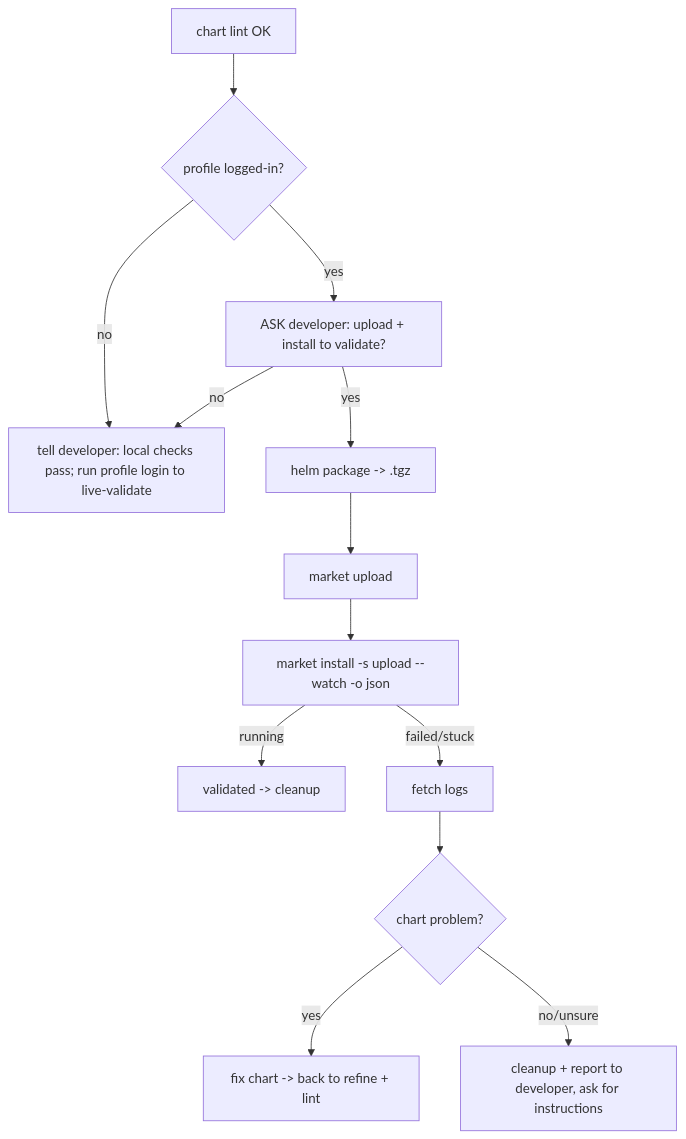
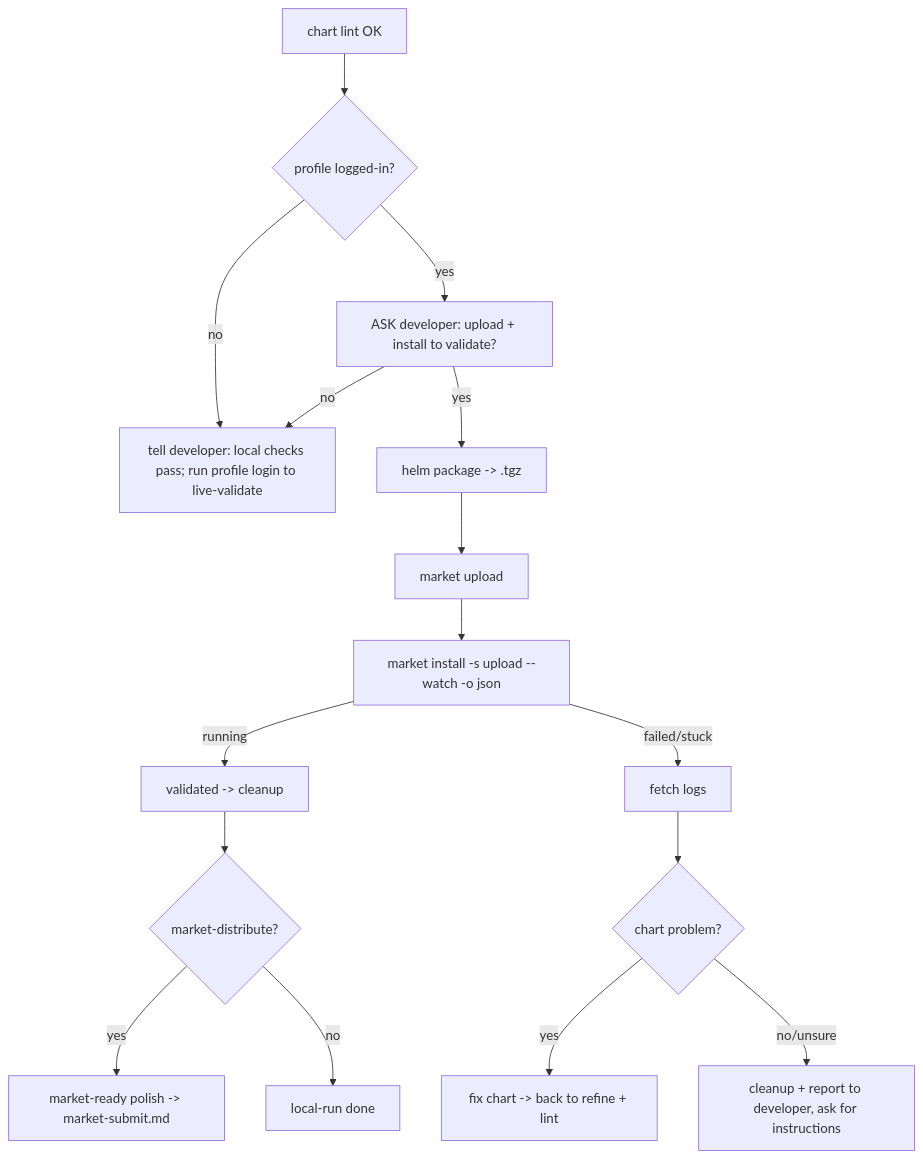
One commit to beclab/Olares changed the diagram in cli/skills/olares-chart/references/olares-chart-publish-verify.md. Above: the diagram before and after it, drawn with Mermaid. The commit also changed other lines of this file and 8 other files, not shown here.

First line of the commit message:
feat(cli): olares-chart skill v1.7 — release target routing

````diff
--- a/cli/skills/olares-chart/references/olares-chart-publish-verify.md
+++ b/cli/skills/olares-chart/references/olares-chart-publish-verify.md
@@ -8,15 +17,18 @@
 ```mermaid
 flowchart TD
   lintok["chart lint OK"] --> login{"profile logged-in?"}
   login -->|no| tell["tell developer: local checks pass; run profile login to live-validate"]
   login -->|yes| ask["ASK developer: upload + install to validate?"]
   ask -->|no| tell
   ask -->|yes| pkg["helm package -> .tgz"]
   pkg --> up["market upload"]
   up --> inst["market install -s upload --watch -o json"]
   inst -->|running| done["validated -> cleanup"]
+  done --> market{"market-distribute?"}
+  market -->|yes| submit["market-ready polish -> market-submit.md"]
+  market -->|no| localdone["local-run done"]
   inst -->|failed/stuck| diag["fetch logs"]
   diag --> isChart{"chart problem?"}
   isChart -->|yes| fix["fix chart -> back to refine + lint"]
   isChart -->|no/unsure| report["cleanup + report to developer, ask for instructions"]
 ```
````
